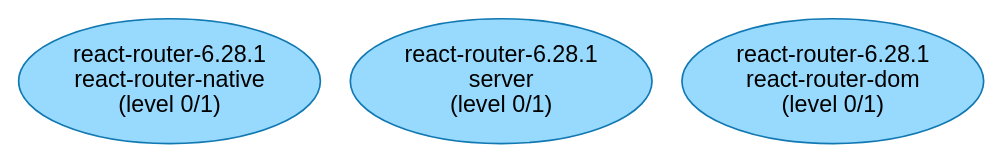
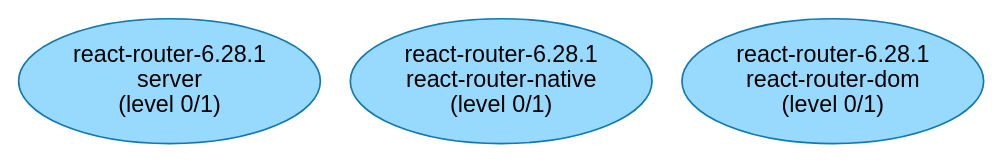
One commit to JohT/code-graph-analysis-pipeline changed the diagram in results/react-router-6.28.1/internal-dependencies-visualization/TypeScriptModuleBuildLevels.gv. Above: the diagram before and after it, drawn with Graphviz. The commit also changed other lines of this file and 43 other files, not shown here.

```diff
--- a/results/react-router-6.28.1/internal-dependencies-visualization/TypeScriptModuleBuildLevels.gv
+++ b/results/react-router-6.28.1/internal-dependencies-visualization/TypeScriptModuleBuildLevels.gv
@@ -1,13 +1,13 @@
 // This GraphViz dot file was generated by the script convertQueryResultCsvToGraphVizDotFile.sh with default.template
 
 strict digraph TypeScriptModuleBuildLevels {
     fontname = "Helvetica,Arial,sans-serif";
     node [fontname = "Helvetica,Arial,sans-serif";];
     edge [fontname = "Helvetica,Arial,sans-serif"; fontsize = 10;];
     node [style = filled; fillcolor = "0.560 0.400 0.999";];
     node [color = "0.560 0.900 0.700";];
     edge [color = "0.560 0.900 0.700";];
+	"react-router-6.28.1\nserver\n(level 0/1)" [];
 	"react-router-6.28.1\nreact-router-native\n(level 0/1)" [];
-	"react-router-6.28.1\nserver\n(level 0/1)" [];
 	"react-router-6.28.1\nreact-router-dom\n(level 0/1)" [];
 }
```
